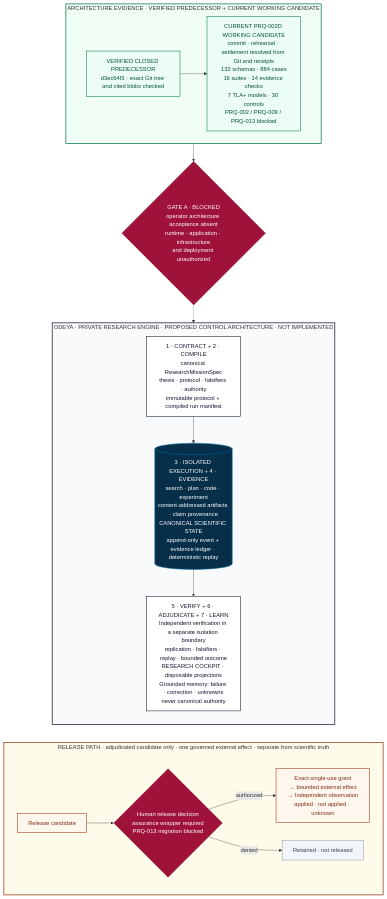
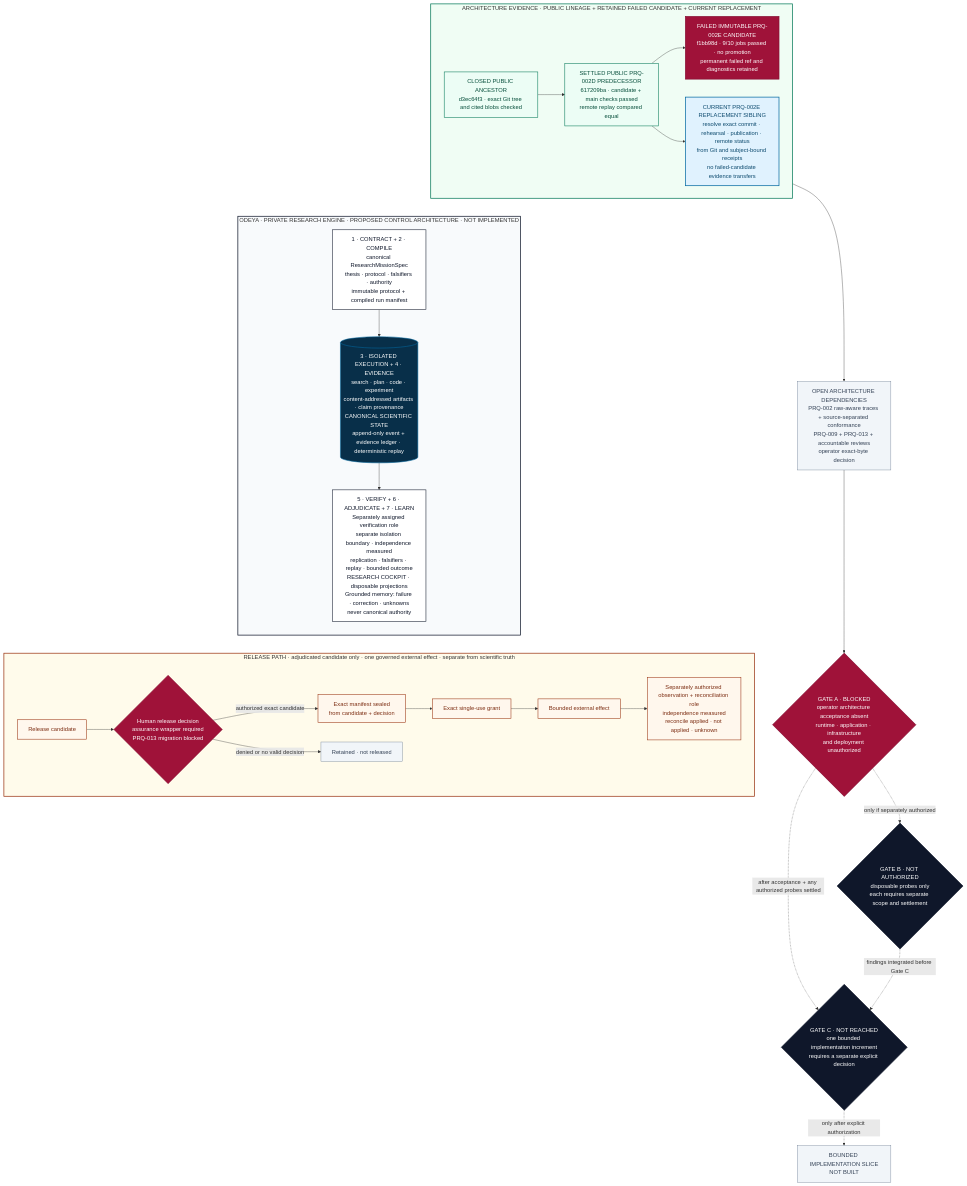
The diagram in README.md (manfromnowhere143/odeya), drawn with Mermaid before and after one commit. The commit also changed other lines of this file and 84 other files, not shown here.

Commit message:
architecture: construct corrected odeya-jcs-0.3 candidate

````diff
--- a/README.md
+++ b/README.md
@@ -25,54 +25,74 @@
 ```mermaid
 flowchart TB
-    subgraph F["ARCHITECTURE EVIDENCE · VERIFIED PREDECESSOR + CURRENT WORKING CANDIDATE"]
+    subgraph F["ARCHITECTURE EVIDENCE · PUBLIC LINEAGE + RETAINED FAILED CANDIDATE + CURRENT REPLACEMENT"]
         direction LR
-        F4["VERIFIED CLOSED PREDECESSOR<br/>d3ec64f3 · exact Git tree and cited blobs checked"]
-        F1["CURRENT PRQ-002D WORKING CANDIDATE<br/>commit · rehearsal · settlement resolved from Git and receipts<br/>132 schemas · 884 cases<br/>16 suites · 14 evidence checks<br/>7 TLA+ models · 30 controls<br/>PRQ-002 / PRQ-009 / PRQ-013 blocked"]
-        F4 --> F1
+        F4["CLOSED PUBLIC ANCESTOR<br/>d3ec64f3 · exact Git tree and cited blobs checked"]
+        F3["SETTLED PUBLIC PRQ-002D PREDECESSOR<br/>617209ba · candidate + main checks passed<br/>remote replay compared equal"]
+        F2["FAILED IMMUTABLE PRQ-002E CANDIDATE<br/>f1bb98d · 9/10 jobs passed · no promotion<br/>permanent failed ref and diagnostics retained"]
+        F1["CURRENT PRQ-002E REPLACEMENT SIBLING<br/>resolve exact commit · rehearsal · publication · remote status<br/>from Git and subject-bound receipts<br/>no failed-candidate evidence transfers"]
+        F4 --> F3
+        F3 --> F2
+        F3 --> F1
     end
 
+    Q["OPEN ARCHITECTURE DEPENDENCIES<br/>PRQ-002 raw-aware traces + source-separated conformance<br/>PRQ-009 + PRQ-013 + accountable reviews<br/>operator exact-byte decision"]
     GA{"GATE A · BLOCKED<br/>operator architecture acceptance absent<br/>runtime · application · infrastructure<br/>and deployment unauthorized"}
-    F1 --> GA
+    GB{"GATE B · NOT AUTHORIZED<br/>disposable probes only<br/>each requires separate scope and settlement"}
+    GC{"GATE C · NOT REACHED<br/>one bounded implementation increment<br/>requires a separate explicit decision"}
+    I["BOUNDED IMPLEMENTATION SLICE<br/>NOT BUILT"]
+    F1 --> Q --> GA
+    GA -.->|only if separately authorized| GB
+    GA -.->|after acceptance + any authorized probes settled| GC
+    GB -.->|findings integrated before Gate C| GC
+    GC -.->|only after explicit authorization| I
 
     subgraph R["ODEYA · PRIVATE RESEARCH ENGINE · PROPOSED CONTROL ARCHITECTURE · NOT IMPLEMENTED"]
         direction TB
         C["1 · CONTRACT + 2 · COMPILE<br/>canonical ResearchMissionSpec<br/>thesis · protocol · falsifiers · authority<br/>immutable protocol + compiled run manifest"]
         K[("3 · ISOLATED EXECUTION + 4 · EVIDENCE<br/>search · plan · code · experiment<br/>content-addressed artifacts · claim provenance<br/>CANONICAL SCIENTIFIC STATE<br/>append-only event + evidence ledger · deterministic replay")]
-        V["5 · VERIFY + 6 · ADJUDICATE + 7 · LEARN<br/>Independent verification in a separate isolation boundary<br/>replication · falsifiers · replay · bounded outcome<br/>RESEARCH COCKPIT · disposable projections<br/>Grounded memory: failure · correction · unknowns<br/>never canonical authority"]
+        V["5 · VERIFY + 6 · ADJUDICATE + 7 · LEARN<br/>Separately assigned verification role<br/>separate isolation boundary · independence measured<br/>replication · falsifiers · replay · bounded outcome<br/>RESEARCH COCKPIT · disposable projections<br/>Grounded memory: failure · correction · unknowns<br/>never canonical authority"]
         C --> K --> V
     end
 
     subgraph X["RELEASE PATH · adjudicated candidate only · one governed external effect · separate from scientific truth"]
         direction LR
         RC["Release candidate"]
         H{"Human release decision<br/>assurance wrapper required<br/>PRQ-013 migration blocked"}
-        G["Exact single-use grant<br/>→ bounded external effect<br/>→ Independent observation<br/>applied · not applied · unknown"]
+        M["Exact manifest sealed<br/>from candidate + decision"]
+        G["Exact single-use grant"]
+        E["Bounded external effect"]
+        O["Separately authorized observation + reconciliation role<br/>independence measured<br/>reconcile applied · not applied · unknown"]
         N["Retained · not released"]
         RC --> H
-        H -->|authorized| G
-        H -->|denied| N
+        H -->|authorized exact candidate| M --> G --> E --> O
+        H -->|denied or no valid decision| N
     end
 
-    GA -.-> C
+    F ~~~ R
     R ~~~ X
 
     classDef retained fill:#ECFDF5,stroke:#047857,stroke-width:1.5px,color:#064E3B
     classDef blocked fill:#9F1239,stroke:#881337,stroke-width:2px,color:#FFFFFF
+    classDef candidate fill:#E0F2FE,stroke:#0369A1,stroke-width:2px,color:#0C4A6E
     classDef core fill:#FFFFFF,stroke:#0F172A,stroke-width:1.5px,color:#0F172A
     classDef evidence fill:#E0F2FE,stroke:#0369A1,stroke-width:1.5px,color:#0C4A6E
     classDef state fill:#082F49,stroke:#0369A1,stroke-width:1.5px,color:#FFFFFF
     classDef decision fill:#0F172A,stroke:#0F172A,stroke-width:1.5px,color:#FFFFFF
     classDef release fill:#FFF7ED,stroke:#9A3412,stroke-width:1.5px,color:#7C2D12
     classDef releaseGate fill:#9F1239,stroke:#881337,stroke-width:1.5px,color:#FFFFFF
     classDef quiet fill:#F1F5F9,stroke:#64748B,stroke-width:1px,color:#334155
-    class F1,F4 retained
+    class F3,F4 retained
+    class F2 blocked
+    class F1 candidate
     class GA blocked
+    class GB,GC decision
+    class Q,I quiet
     class C,V core
     class K state
-    class RC,G release
+    class RC,M,G,E,O release
     class H releaseGate
     class N quiet
     style F fill:#F0FDF4,stroke:#047857,stroke-width:2px
     style R fill:#F8FAFC,stroke:#0F172A,stroke-width:2px
     style X fill:#FFFBEB,stroke:#9A3412,stroke-width:2px
 ```
````
